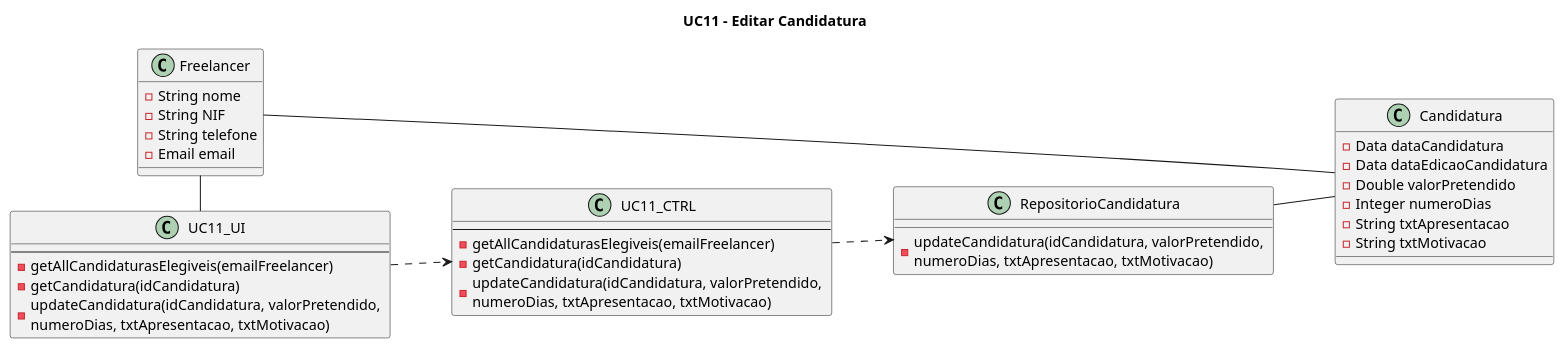
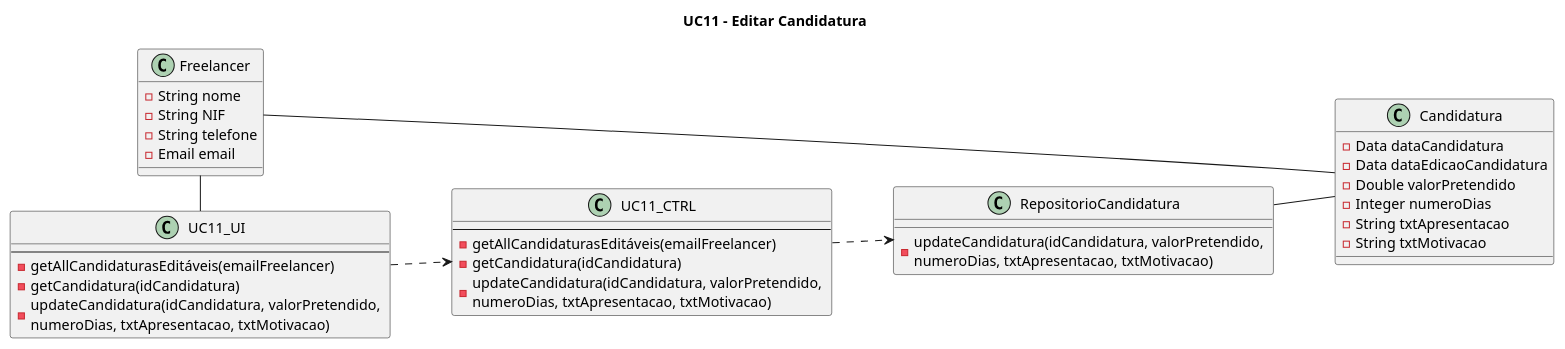
One commit to blestonbandeiraUPSKILL/upskill_java1_labprg_grupo2 changed the diagram in Documentação/Sprint 4/UC11_Editar_Candidatura/UC11_Editar_Candidatura_DiagClas.plantuml. Above: the diagram before and after it, drawn with PlantUML. The commit also changed 1 other file, not shown here.

```diff
--- a/Documentação/Sprint 4/UC11_Editar_Candidatura/UC11_Editar_Candidatura_DiagClas.plantuml
+++ b/Documentação/Sprint 4/UC11_Editar_Candidatura/UC11_Editar_Candidatura_DiagClas.plantuml
@@ -1,45 +1,45 @@
 @startuml
 left to right direction
 
 title UC11 - Editar Candidatura
 
 class Freelancer {
     -String nome 
     -String NIF
     -String telefone
     -Email email
 }
 
 class Candidatura {
     -Data dataCandidatura
     -Data dataEdicaoCandidatura
     -Double valorPretendido
     -Integer numeroDias
     -String txtApresentacao
     -String txtMotivacao
 }
 
 class UC11_UI{
     --
-    -getAllCandidaturasElegiveis(emailFreelancer)
+    -getAllCandidaturasEditáveis(emailFreelancer)
     -getCandidatura(idCandidatura)
     -updateCandidatura(idCandidatura, valorPretendido, \nnumeroDias, txtApresentacao, txtMotivacao)    
 }
 
 class UC11_CTRL{
     --
-    -getAllCandidaturasElegiveis(emailFreelancer)
+    -getAllCandidaturasEditáveis(emailFreelancer)
     -getCandidatura(idCandidatura)
     -updateCandidatura(idCandidatura, valorPretendido, \nnumeroDias, txtApresentacao, txtMotivacao)   
 }
 
 class RepositorioCandidatura {
     -updateCandidatura(idCandidatura, valorPretendido, \nnumeroDias, txtApresentacao, txtMotivacao)
 }
 
 UC11_UI ..> UC11_CTRL
 UC11_CTRL ..> RepositorioCandidatura
 RepositorioCandidatura -- Candidatura
 Freelancer - UC11_UI
 Freelancer - Candidatura
 @enduml
```
